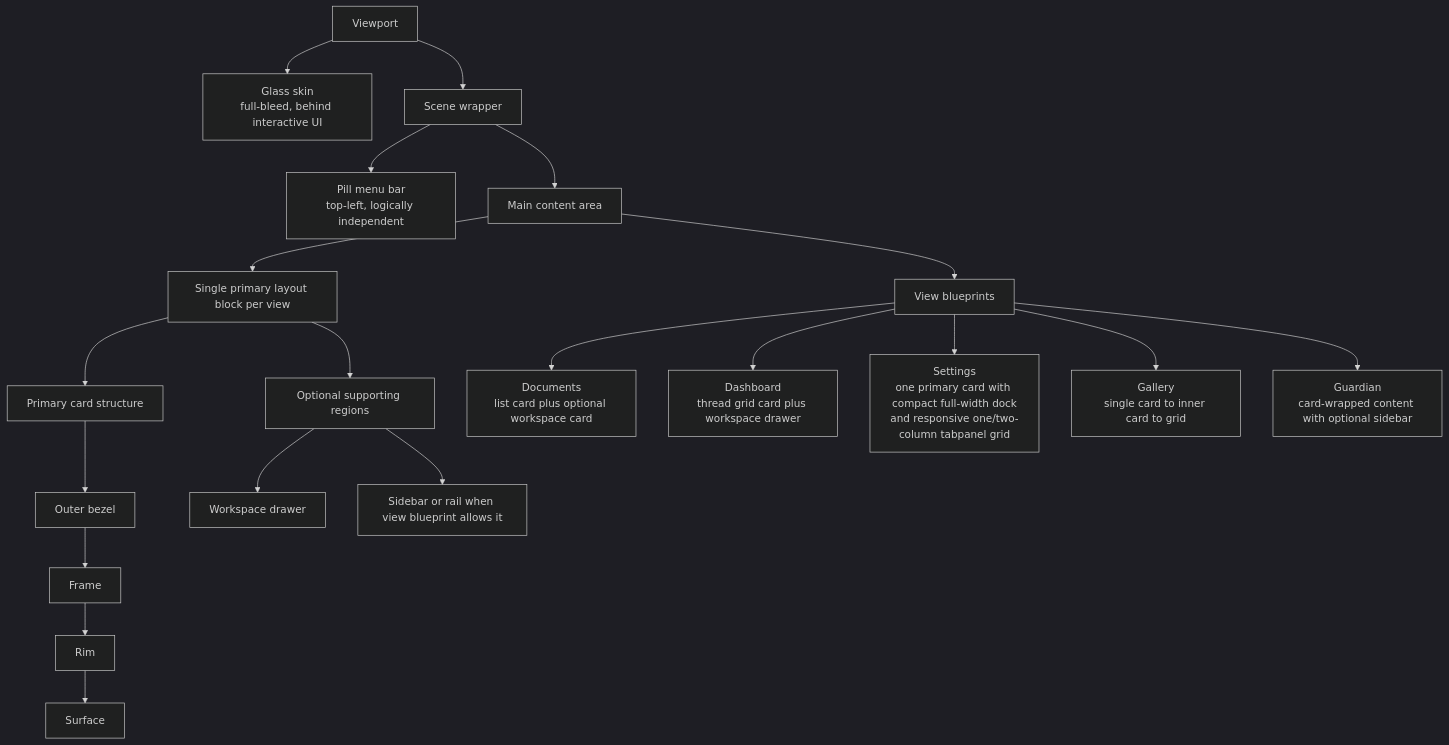
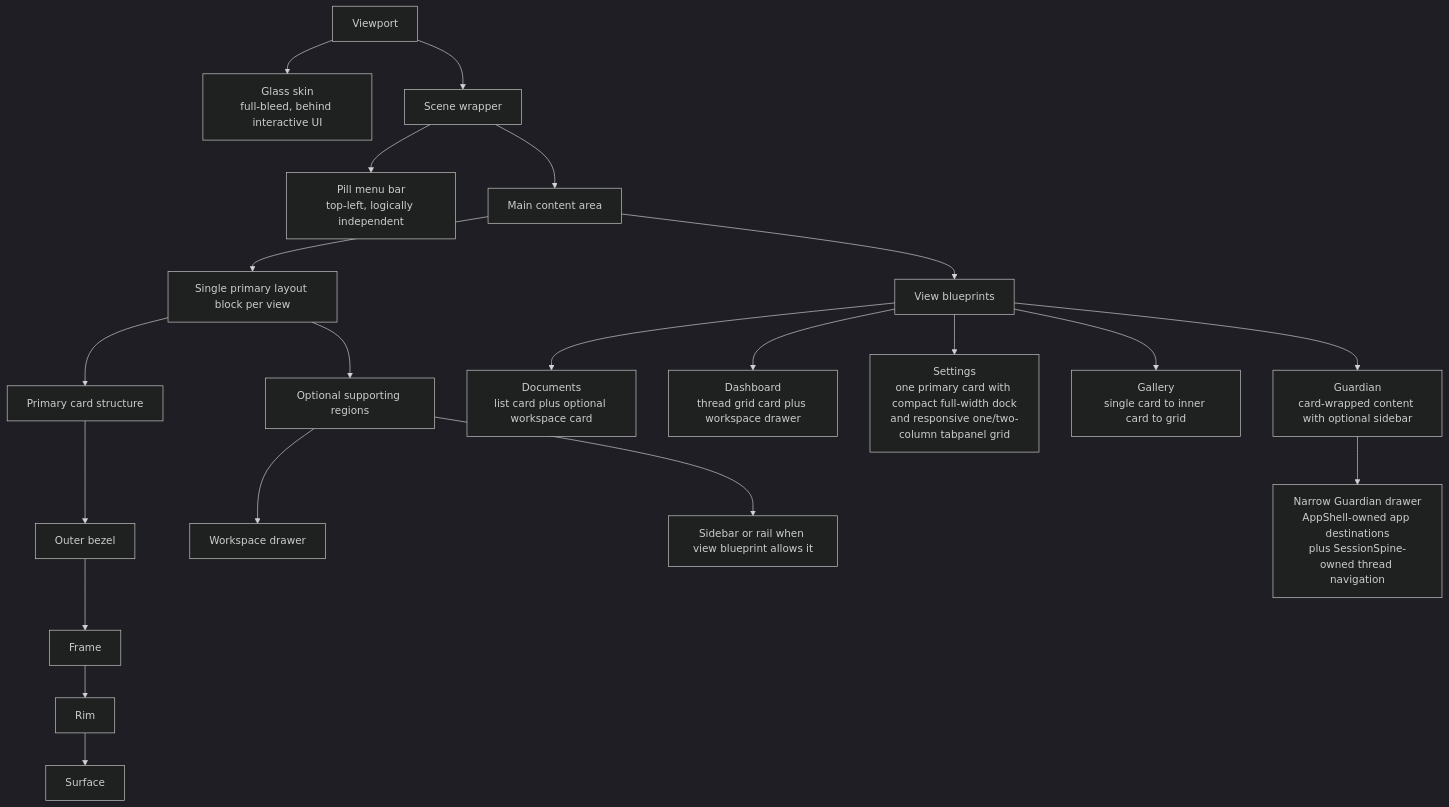
One commit to Resonant-Jones/Codexify changed the second of 4 diagrams in docs/architecture/ui-diagrams-v1.md. Above: the diagram before and after it, drawn with Mermaid (dark theme). The commit also changed other lines of this file and 5 other files, not shown here.

Commit message:
Add Guardian mobile navigation sidebar

````diff
--- a/docs/architecture/ui-diagrams-v1.md
+++ b/docs/architecture/ui-diagrams-v1.md
@@ -69,22 +69,23 @@
 ```mermaid
 flowchart TD
     A["Viewport"] --> B["Glass skin<br/>full-bleed, behind interactive UI"]
     A --> C["Scene wrapper"]
     C --> D["Pill menu bar<br/>top-left, logically independent"]
     C --> E["Main content area"]
     E --> F["Single primary layout block per view"]
     F --> G["Primary card structure"]
     G --> H["Outer bezel"]
     H --> I["Frame"]
     I --> J["Rim"]
     J --> K["Surface"]
     F --> L["Optional supporting regions"]
     L --> M["Workspace drawer"]
     L --> N["Sidebar or rail when view blueprint allows it"]
     E --> O["View blueprints"]
     O --> P["Documents<br/>list card plus optional workspace card"]
     O --> Q["Dashboard<br/>thread grid card plus workspace drawer"]
     O --> R["Settings<br/>one primary card with compact full-width dock<br/>and responsive one/two-column tabpanel grid"]
     O --> S["Gallery<br/>single card to inner card to grid"]
     O --> T["Guardian<br/>card-wrapped content with optional sidebar"]
+    T --> U["Narrow Guardian drawer<br/>AppShell-owned app destinations<br/>plus SessionSpine-owned thread navigation"]
 ```
````
